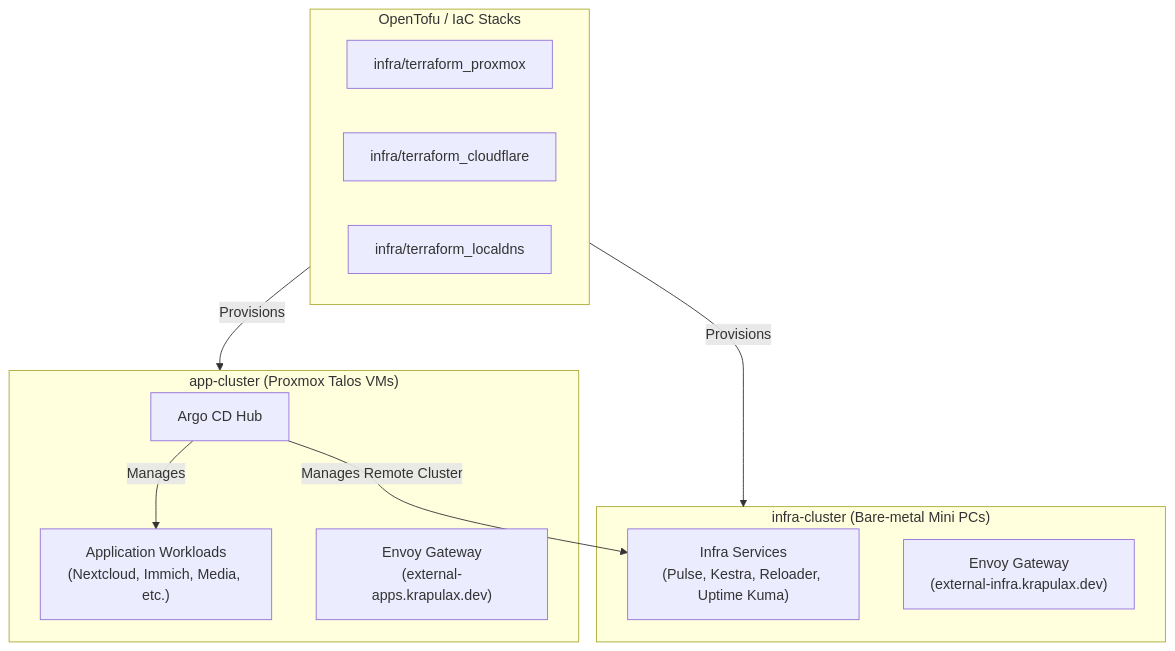
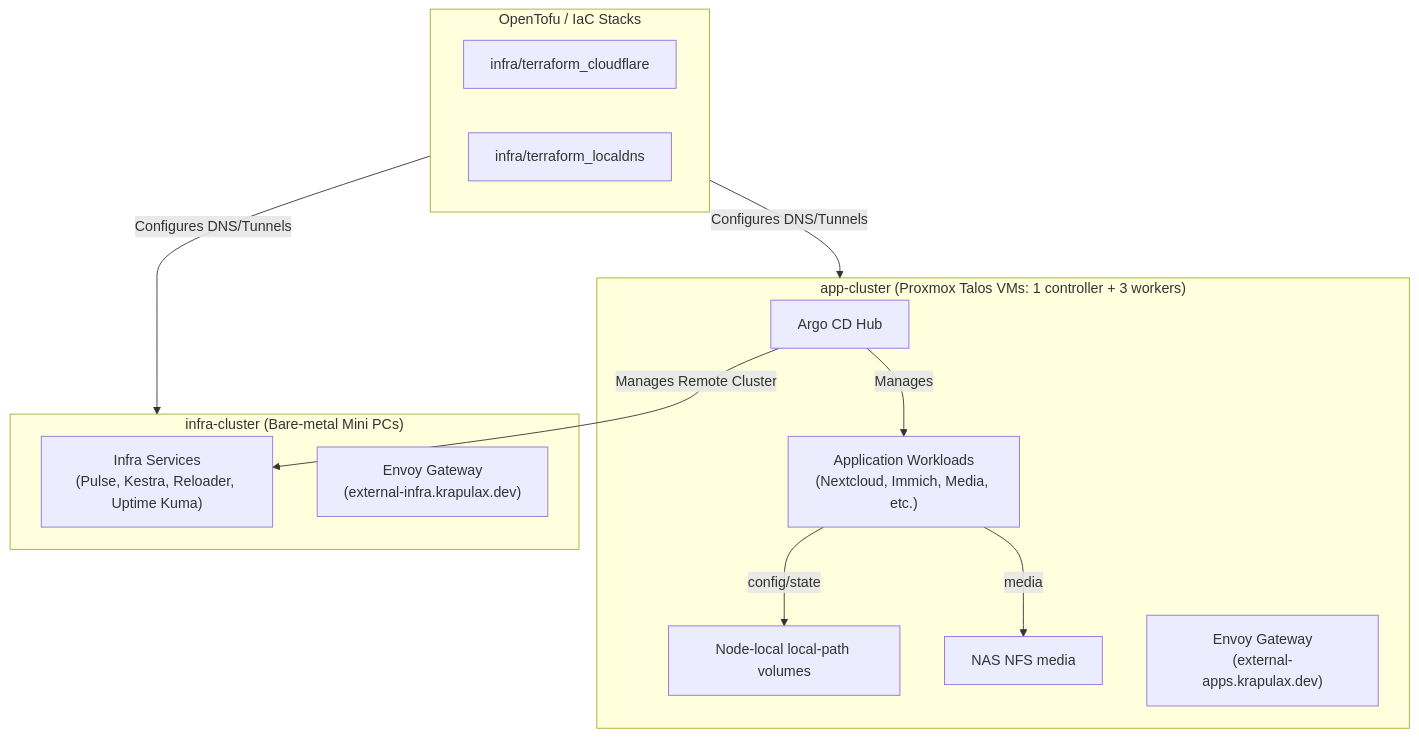
The diagram in docs/cluster/installation.md (fabricesemti80/home-dc-kubernetes), drawn with Mermaid before and after one commit. The commit also changed other lines of this file and 177 other files, not shown here.

````diff
--- a/docs/cluster/installation.md
+++ b/docs/cluster/installation.md
@@ -11,24 +11,27 @@
 ```mermaid
 flowchart TD
-    subgraph Hub["app-cluster (Proxmox Talos VMs)"]
+    subgraph App["app-cluster (Proxmox Talos VMs: 1 controller + 3 workers)"]
         ArgoCD["Argo CD Hub"]
         AppWorkloads["Application Workloads\n(Nextcloud, Immich, Media, etc.)"]
+        LocalPath["Node-local local-path volumes"]
+        NFS["NAS NFS media"]
         EnvoyApp["Envoy Gateway\n(external-apps.krapulax.dev)"]
+        ArgoCD -->|Manages| AppWorkloads
+        AppWorkloads -->|config/state| LocalPath
+        AppWorkloads -->|media| NFS
     end
 
-    subgraph Spokes["infra-cluster (Bare-metal Mini PCs)"]
+    subgraph Infra["infra-cluster (Bare-metal Mini PCs)"]
         InfraWorkloads["Infra Services\n(Pulse, Kestra, Reloader, Uptime Kuma)"]
         EnvoyInfra["Envoy Gateway\n(external-infra.krapulax.dev)"]
     end
 
     subgraph IaC["OpenTofu / IaC Stacks"]
-        TF_Proxmox["infra/terraform_proxmox"]
         TF_CF["infra/terraform_cloudflare"]
         TF_DNS["infra/terraform_localdns"]
     end
 
-    ArgoCD -->|Manages| AppWorkloads
     ArgoCD -->|Manages Remote Cluster| InfraWorkloads
-    IaC -->|Provisions| Hub
-    IaC -->|Provisions| Spokes
+    IaC -->|Configures DNS/Tunnels| App
+    IaC -->|Configures DNS/Tunnels| Infra
 ```
````
